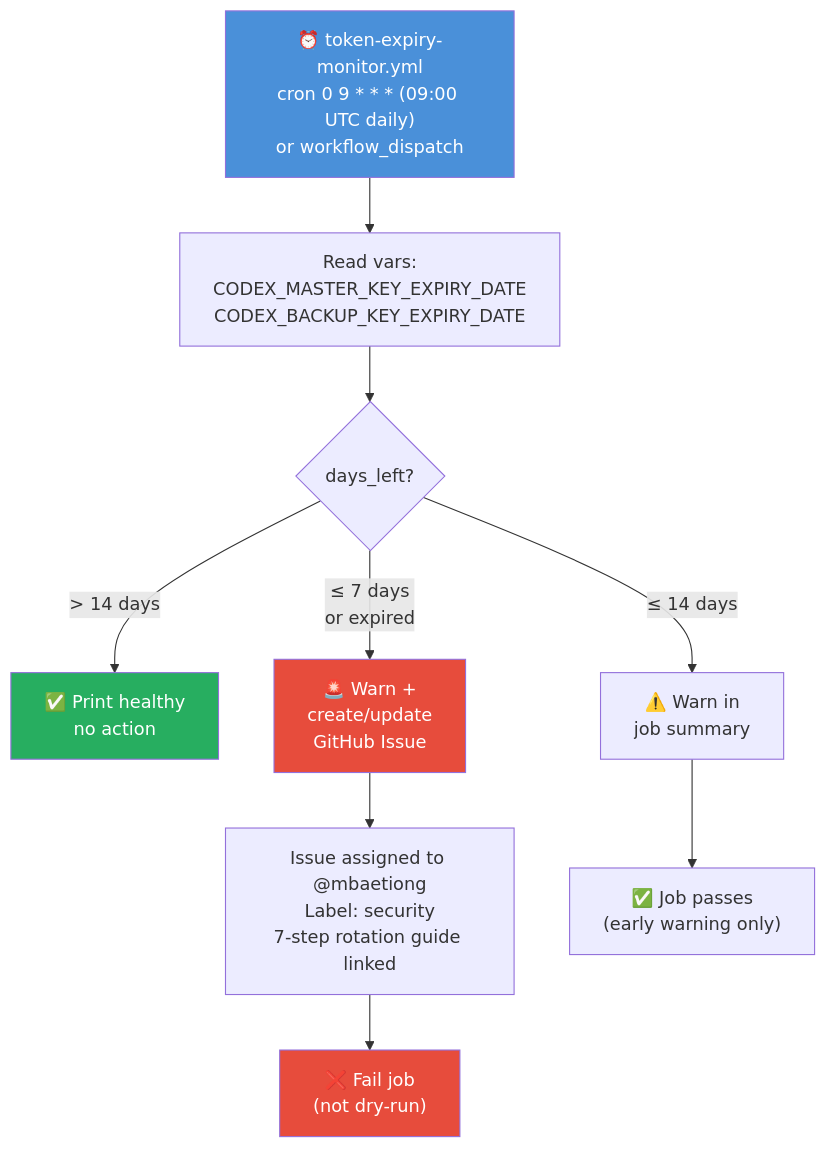
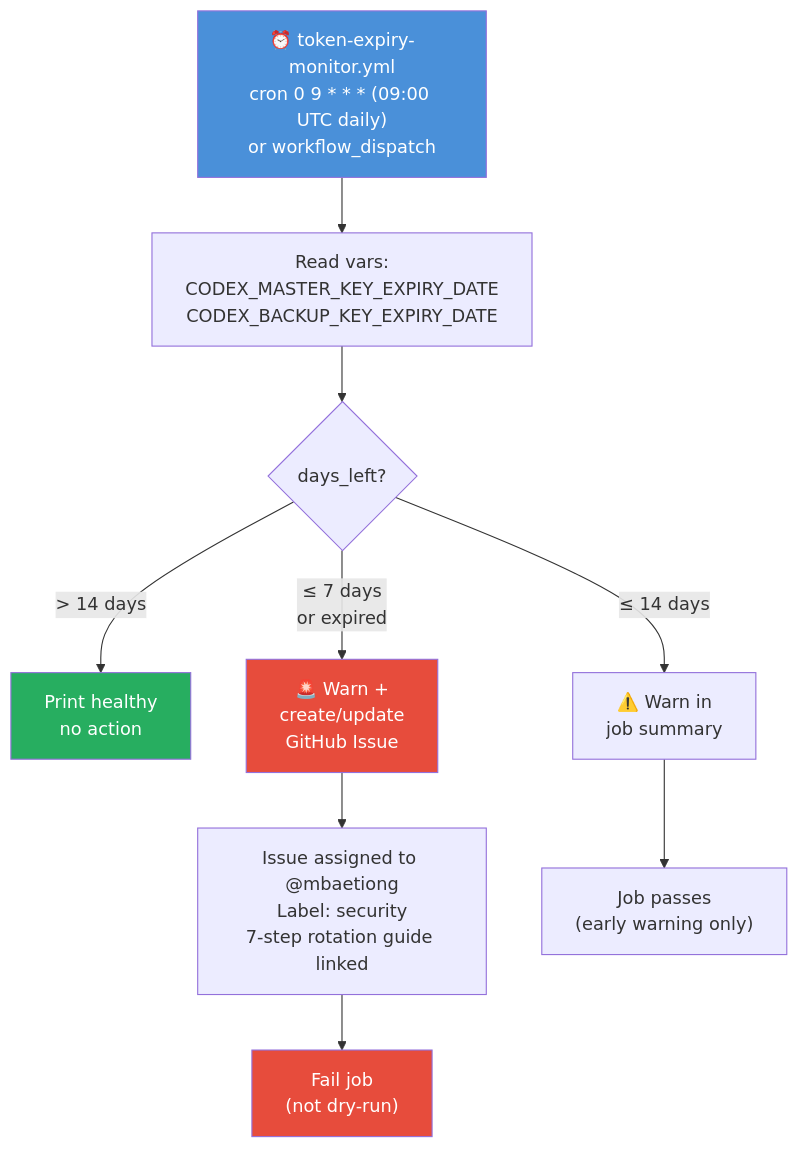
Before and after one commit to Aries-Serpent/_codex_: diagram 20 of 26 in docs/sessions/PR4346_session_diagram.md, drawn with Mermaid. The commit also changed other lines of this file and 2029 other files, not shown here.

````diff
--- a/docs/sessions/PR4346_session_diagram.md
+++ b/docs/sessions/PR4346_session_diagram.md
@@ -545,17 +547,17 @@
 ```mermaid
 %%{init: {'accessibility': {'title': 'Flowchart showing "⏰ token-expiry-monitor.yml\ncron 0 9 * * * (09:00 UTC daily)\nor workflow_dispatch", "Read vars:\nCODEX_MASTER_KEY_EXPIRY_DATE\nCODEX_BACKUP_KEY_EXPIRY_DATE"'}}%%
 flowchart TD
     A["⏰ token-expiry-monitor.yml\ncron 0 9 * * * (09:00 UTC daily)\nor workflow_dispatch"] --> B["Read vars:\nCODEX_MASTER_KEY_EXPIRY_DATE\nCODEX_BACKUP_KEY_EXPIRY_DATE"]
     B --> C{days_left?}
-    C -- "> 14 days" --> D["✅ Print healthy\nno action"]
+    C -- "> 14 days" --> D[" Print healthy\nno action"]
     C -- "≤ 14 days" --> E["⚠️ Warn in\njob summary"]
     C -- "≤ 7 days\nor expired" --> F["🚨 Warn +\ncreate/update\nGitHub Issue"]
     F --> G["Issue assigned to @mbaetiong\nLabel: security\n7-step rotation guide linked"]
-    G --> H["❌ Fail job\n(not dry-run)"]
-    E --> I["✅ Job passes\n(early warning only)"]
+    G --> H[" Fail job\n(not dry-run)"]
+    E --> I[" Job passes\n(early warning only)"]
 
     style A fill:#4a90d9,color:#fff
     style F fill:#e74c3c,color:#fff
     style H fill:#e74c3c,color:#fff
     style D fill:#27ae60,color:#fff
 ```
````
